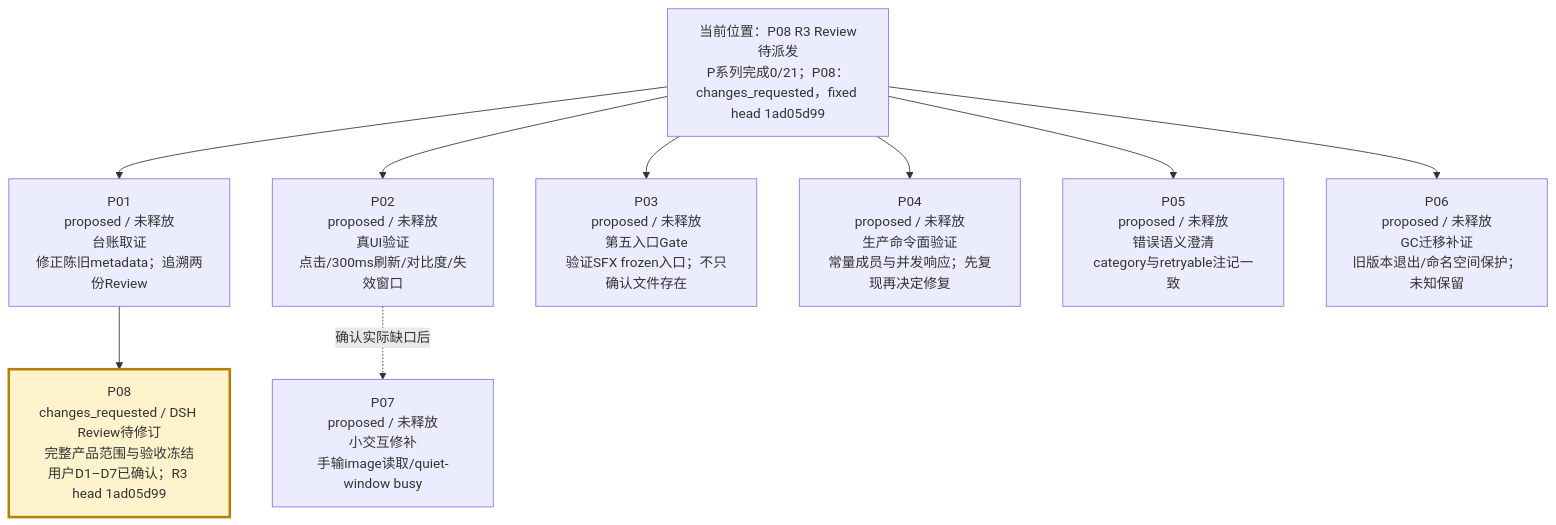
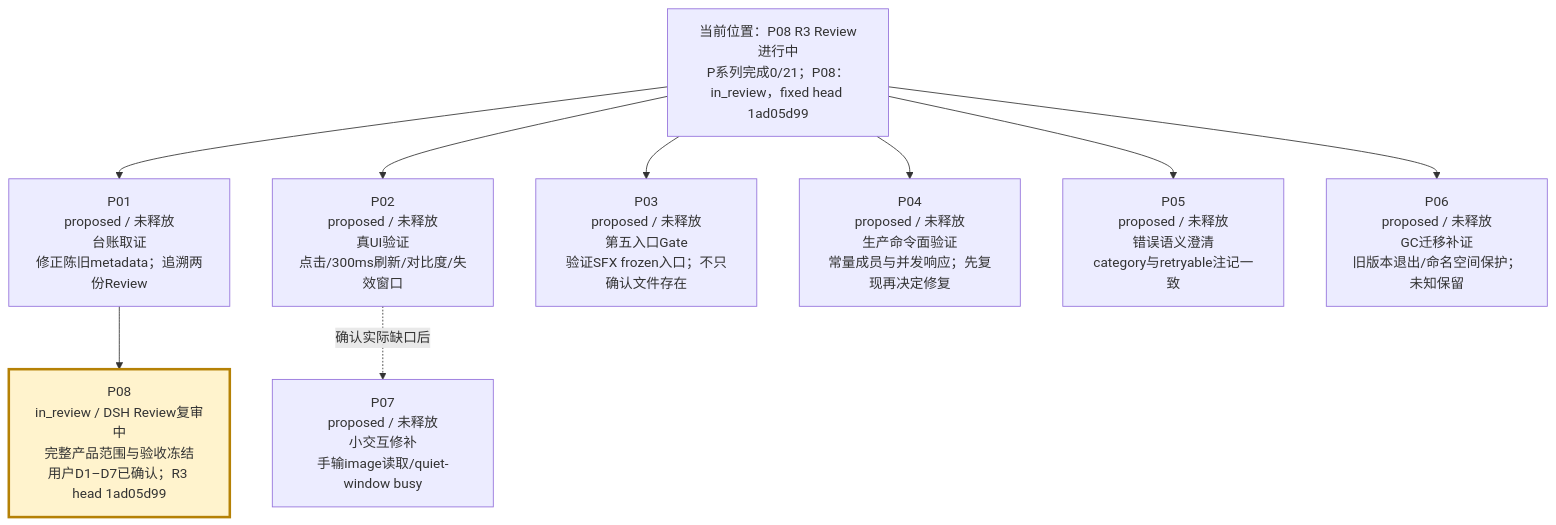
The second of 4 diagrams in verification/PROJECT-ROADMAP-20261008/ROADMAP.md (peakwheat-pixel/New-Manga), drawn with Mermaid before and after one commit. The commit also changed other lines of this file and 11 other files, not shown here.

Commit message:
docs(P08): mark third DSH review in progress

````diff
--- a/verification/PROJECT-ROADMAP-20261008/ROADMAP.md
+++ b/verification/PROJECT-ROADMAP-20261008/ROADMAP.md
@@ -30,12 +30,12 @@
 ```mermaid
 flowchart TB
-  BASE["当前位置：P08 R3 Review待派发<br/>P系列完成0/21；P08：changes_requested，fixed head 1ad05d99"] --> P01["P01<br/>proposed / 未释放<br/>台账取证<br/>修正陈旧metadata；追溯两份Review"]
+  BASE["当前位置：P08 R3 Review进行中<br/>P系列完成0/21；P08：in_review，fixed head 1ad05d99"] --> P01["P01<br/>proposed / 未释放<br/>台账取证<br/>修正陈旧metadata；追溯两份Review"]
   BASE --> P02["P02<br/>proposed / 未释放<br/>真UI验证<br/>点击/300ms刷新/对比度/失效窗口"]
   BASE --> P03["P03<br/>proposed / 未释放<br/>第五入口Gate<br/>验证SFX frozen入口；不只确认文件存在"]
   BASE --> P04["P04<br/>proposed / 未释放<br/>生产命令面验证<br/>常量成员与并发响应；先复现再决定修复"]
   BASE --> P05["P05<br/>proposed / 未释放<br/>错误语义澄清<br/>category与retryable注记一致"]
   BASE --> P06["P06<br/>proposed / 未释放<br/>GC迁移补证<br/>旧版本退出/命名空间保护；未知保留"]
   P02 -. "确认实际缺口后" .-> P07["P07<br/>proposed / 未释放<br/>小交互修补<br/>手输image读取/quiet-window busy"]
-  P01 --> P08["P08<br/>changes_requested / DSH Review待修订<br/>完整产品范围与验收冻结<br/>用户D1–D7已确认；R3 head 1ad05d99"]
+  P01 --> P08["P08<br/>in_review / DSH Review复审中<br/>完整产品范围与验收冻结<br/>用户D1–D7已确认；R3 head 1ad05d99"]
   style P08 fill:#fff3cd,stroke:#b58105,stroke-width:3px
 ```
````
